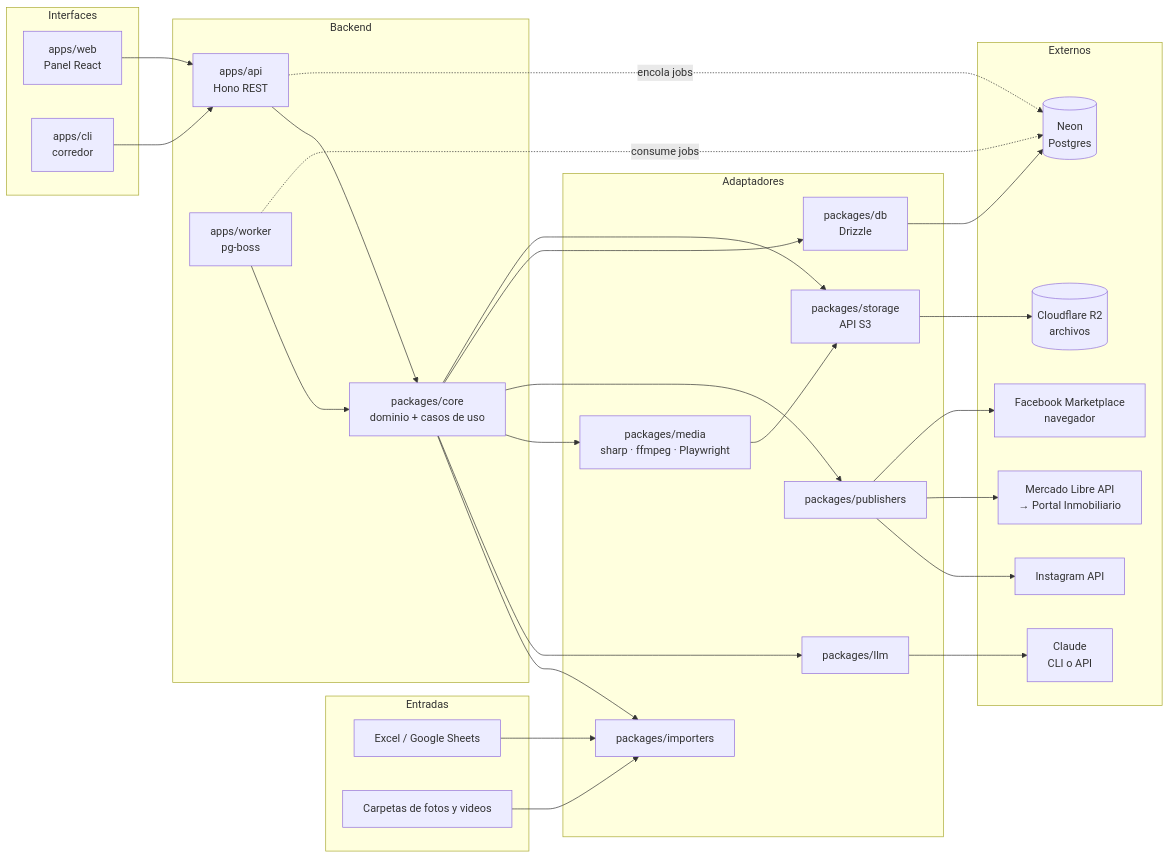
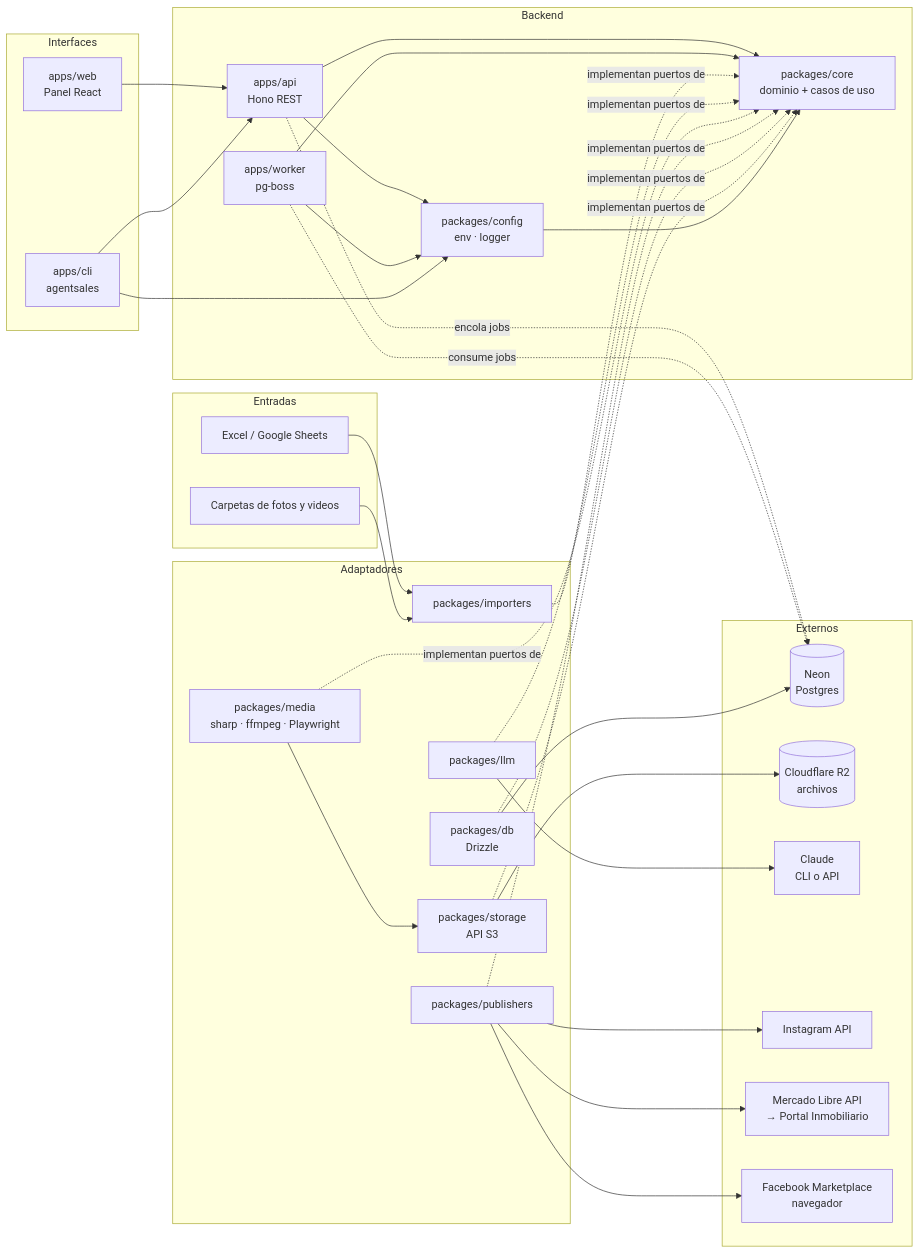
One commit to vicentewolde/AgentSales changed the first of 2 diagrams in docs/01-arquitectura.md. Above: the diagram before and after it, drawn with Mermaid. The commit also changed other lines of this file and 18 other files, not shown here.

````diff
--- a/docs/01-arquitectura.md
+++ b/docs/01-arquitectura.md
@@ -5,51 +5,54 @@
 ```mermaid
 flowchart LR
   subgraph Entradas
     XLSX[Excel / Google Sheets]
     MED[Carpetas de fotos y videos]
   end
 
   subgraph Interfaces
     WEB[apps/web<br/>Panel React]
-    CLI[apps/cli<br/>corredor]
+    CLI[apps/cli<br/>agentsales]
   end
 
   subgraph Backend
     API[apps/api<br/>Hono REST]
     WRK[apps/worker<br/>pg-boss]
     CORE[packages/core<br/>dominio + casos de uso]
+    CFG[packages/config<br/>env · logger]
   end
 
   subgraph Adaptadores
     IMP[packages/importers]
     LLM[packages/llm]
     MEDIA[packages/media<br/>sharp · ffmpeg · Playwright]
     PUB[packages/publishers]
     DB[packages/db<br/>Drizzle]
     STO[packages/storage<br/>API S3]
   end
 
   subgraph Externos
     NEON[(Neon<br/>Postgres)]
     R2[(Cloudflare R2<br/>archivos)]
     CL[Claude<br/>CLI o API]
     IG[Instagram API]
     ML[Mercado Libre API<br/>→ Portal Inmobiliario]
     FB[Facebook Marketplace<br/>navegador]
   end
 
   XLSX --> IMP
   MED --> IMP
   WEB --> API
   CLI --> API
   API --> CORE
   WRK --> CORE
-  CORE --> IMP & LLM & MEDIA & PUB & DB & STO
+  IMP & LLM & MEDIA & PUB & DB & STO -. implementan puertos de .-> CORE
+  API & WRK & CLI --> CFG
+  CFG --> CORE
   DB --> NEON
   STO --> R2
   MEDIA --> STO
   LLM --> CL
   PUB --> IG & ML & FB
   API -. encola jobs .-> NEON
   WRK -. consume jobs .-> NEON
 ```
````
